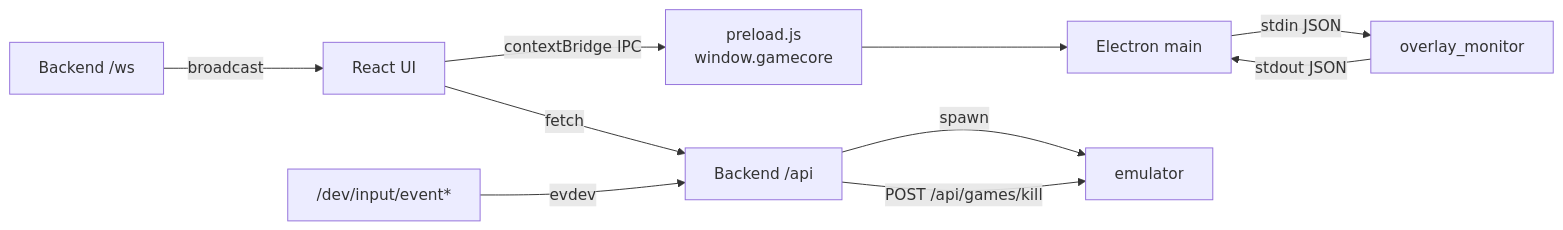
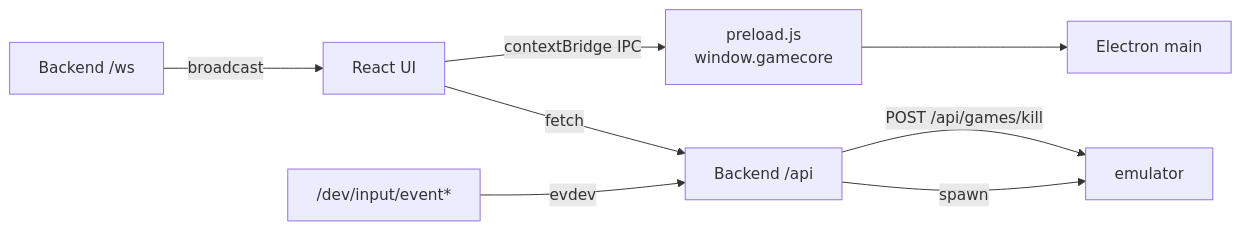
Before and after one commit to p4v1c/GamecoreWindows: the third of 3 diagrams in docs/architecture/01-runtime-topology.md, drawn with Mermaid. The commit also changed other lines of this file and 72 other files, not shown here.

````diff
--- a/docs/architecture/01-runtime-topology.md
+++ b/docs/architecture/01-runtime-topology.md
@@ -136,20 +133,17 @@
 ```mermaid
 flowchart LR
     ui["React UI"]
     pre["preload.js<br/>window.gamecore"]
     main["Electron main"]
     api["Backend /api"]
     ws["Backend /ws"]
-    mon["overlay_monitor"]
     emu["emulator"]
     ev["/dev/input/event*"]
 
     ui -->|fetch| api
     ws -->|broadcast| ui
     ui -->|contextBridge IPC| pre --> main
-    main -->|stdin JSON| mon
-    mon -->|stdout JSON| main
     api -->|spawn| emu
     ev -->|evdev| api
     api -->|"POST /api/games/kill"| emu
 ```
````
